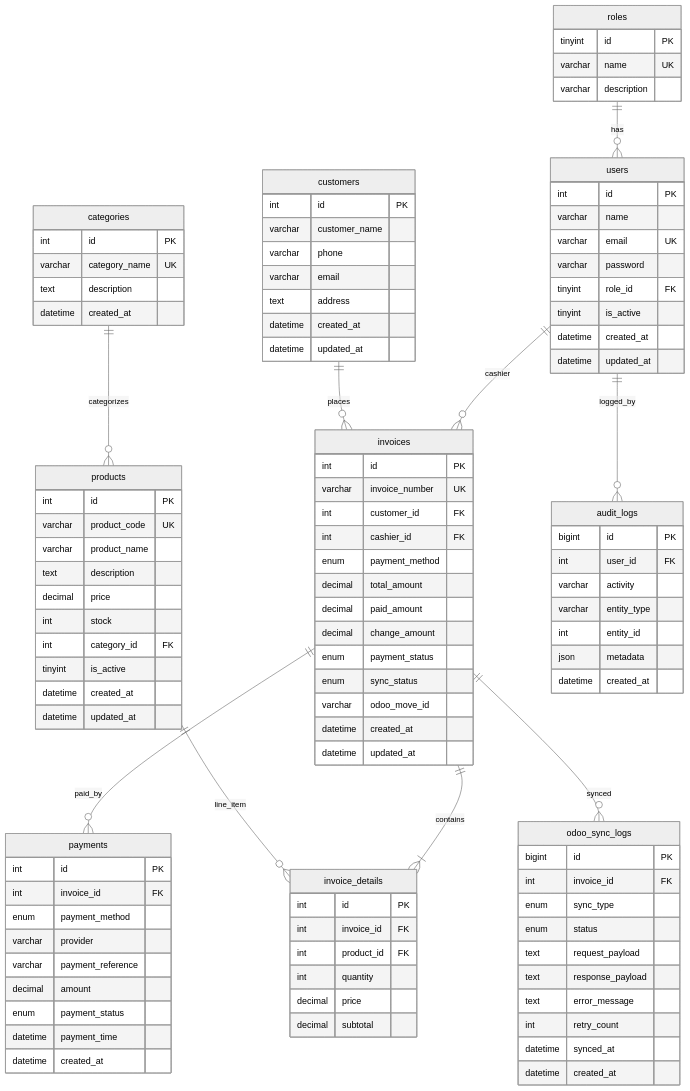
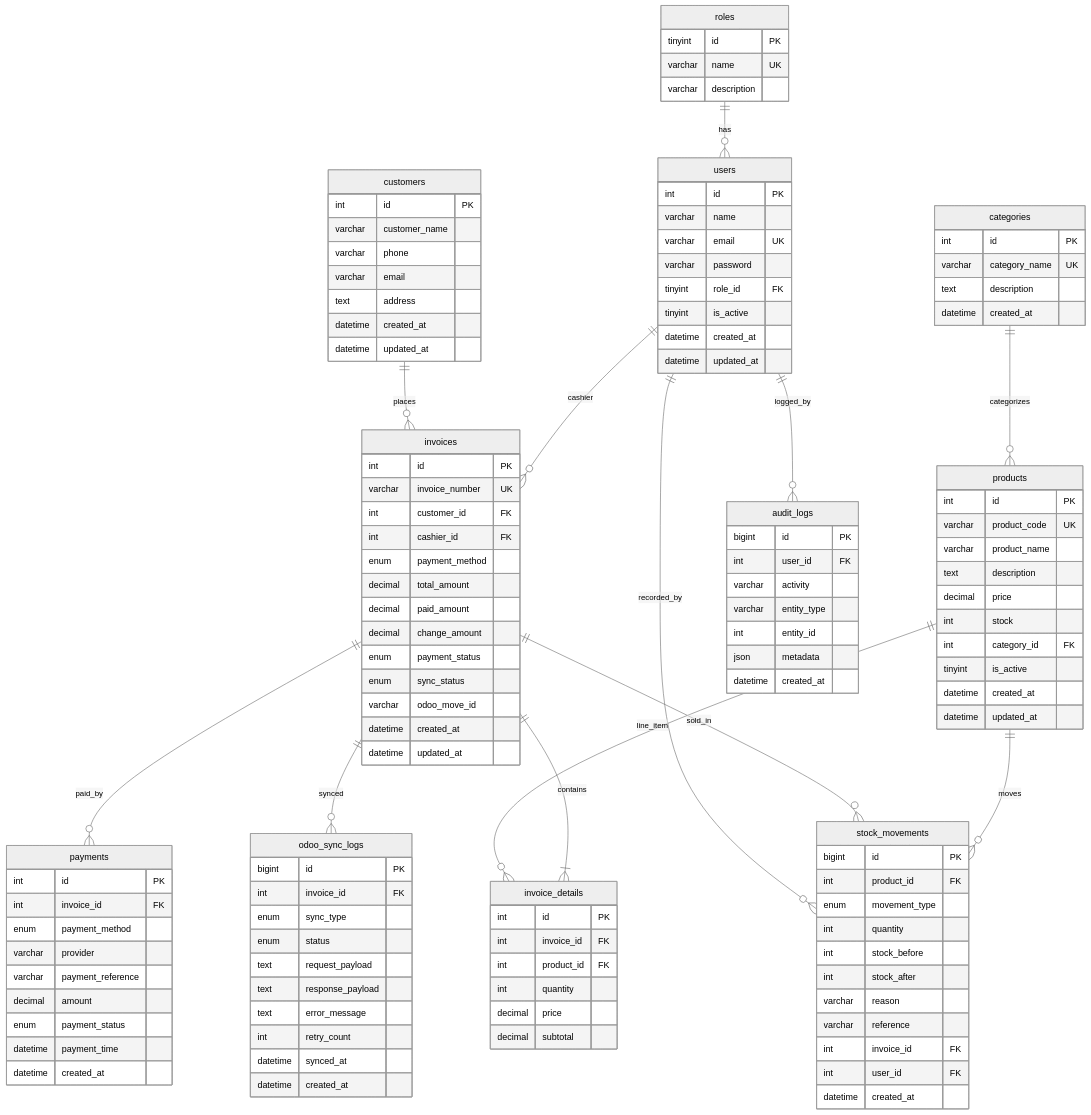
The diagram in zicare/docs/03-database-design.md (Andre1qaz/Zi.Care_pos_app), drawn with Mermaid (neutral theme) before and after one commit. The commit also changed other lines of this file and 24 other files, not shown here.

````diff
--- a/zicare/docs/03-database-design.md
+++ b/zicare/docs/03-database-design.md
@@ -19,6 +19,9 @@
     invoices ||--o{ payments : "paid_by"
     users ||--o{ audit_logs : "logged_by"
     invoices ||--o{ odoo_sync_logs : "synced"
+    products ||--o{ stock_movements : "moves"
+    invoices ||--o{ stock_movements : "sold_in"
+    users ||--o{ stock_movements : "recorded_by"
 
     roles {
         tinyint id PK
@@ -126,4 +129,18 @@
         datetime synced_at
         datetime created_at
     }
+
+    stock_movements {
+        bigint id PK
+        int product_id FK
+        enum movement_type
+        int quantity
+        int stock_before
+        int stock_after
+        varchar reason
+        varchar reference
+        int invoice_id FK
+        int user_id FK
+        datetime created_at
+    }
 ```
````
